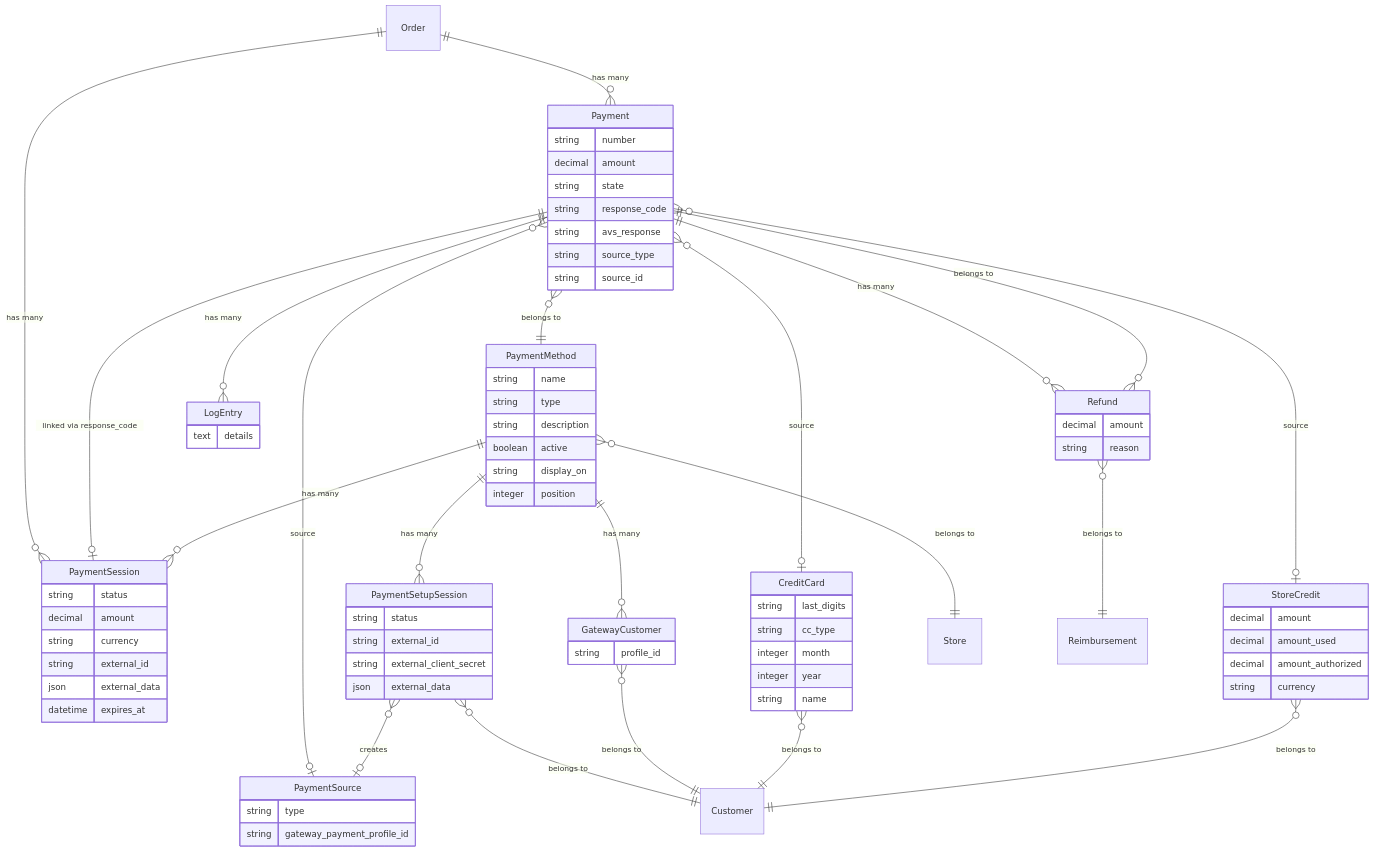
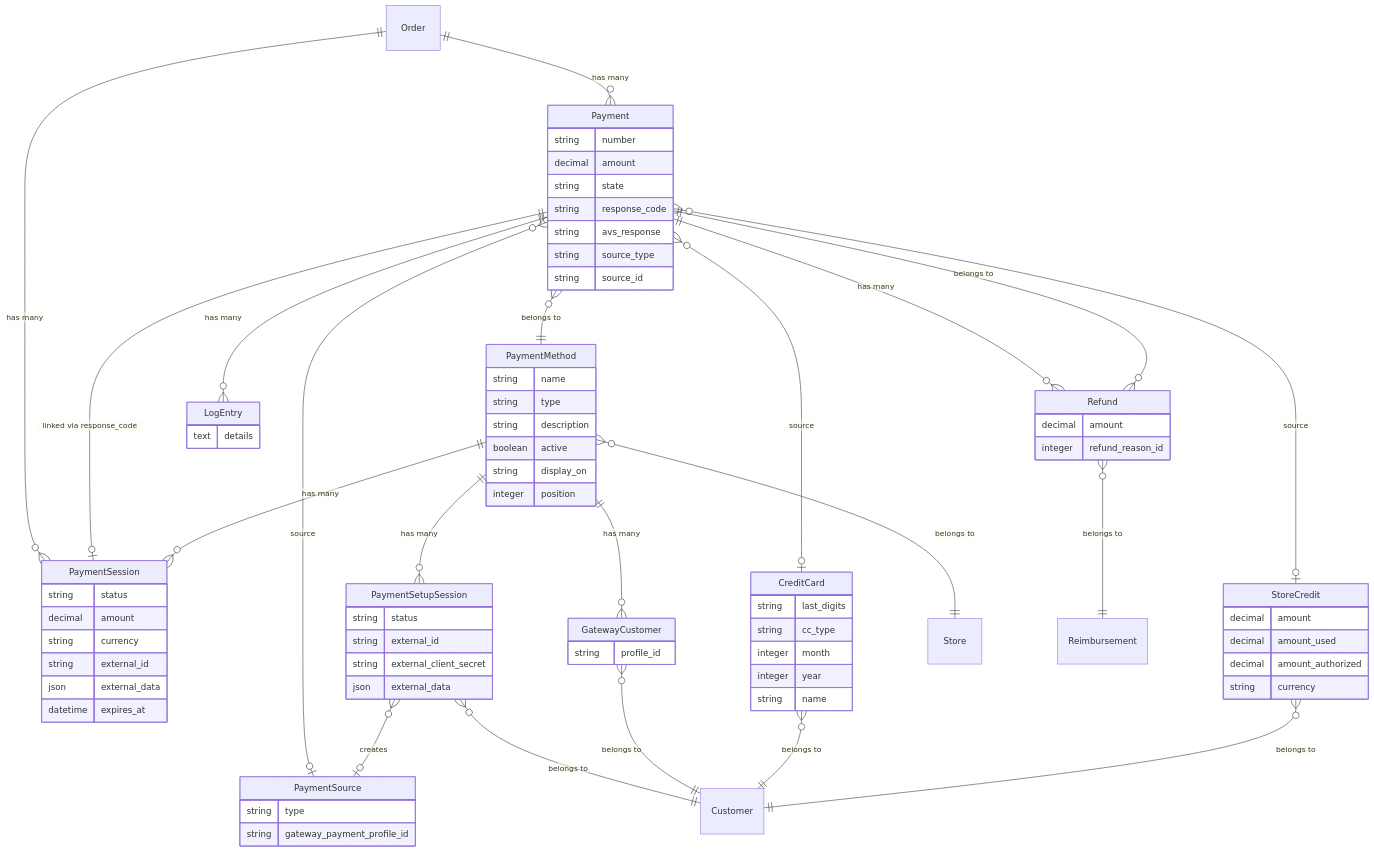
The first of 8 diagrams in docs/developer/core-concepts/payments.mdx (spree/spree), drawn with Mermaid before and after one commit. The commit also changed other lines of this file and 43 other files, not shown here.

```diff
--- a/docs/developer/core-concepts/payments.mdx
+++ b/docs/developer/core-concepts/payments.mdx
@@ -77,7 +77,7 @@
 
     Refund {
         decimal amount
-        string reason
+        integer refund_reason_id
     }
 
     LogEntry {
```
